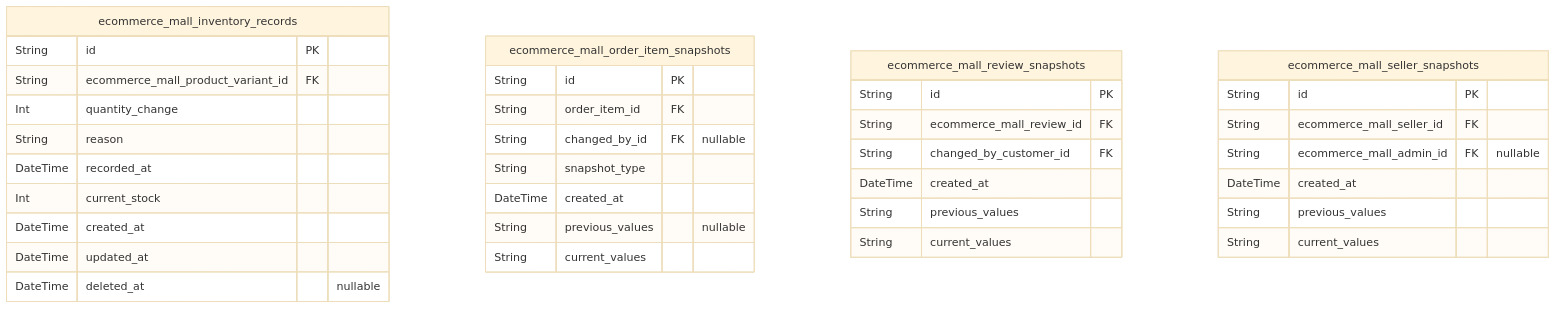
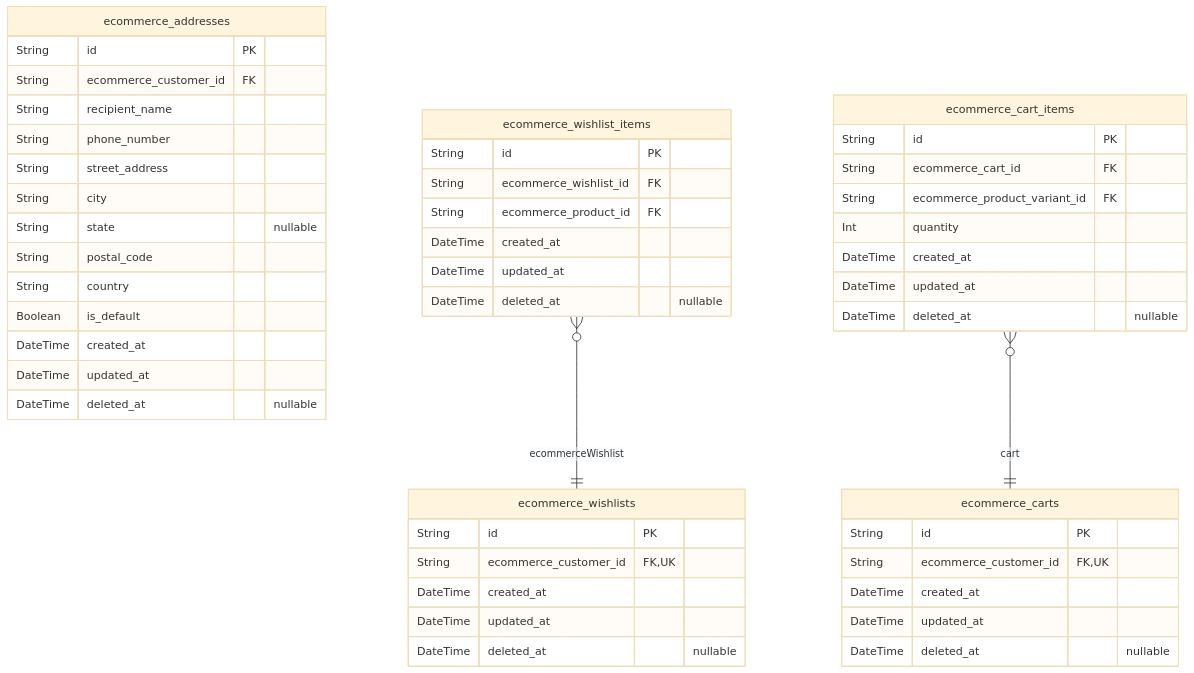
Before and after one commit to wrtnlabs/autobe-examples: the second of 8 diagrams in qwen/qwen3.5-122b-a10b/shopping/docs/ERD.md, drawn with Mermaid (base theme). The commit also changed other lines of this file and 32093 other files, not shown here.

````diff
--- a/qwen/qwen3.5-122b-a10b/shopping/docs/ERD.md
+++ b/qwen/qwen3.5-122b-a10b/shopping/docs/ERD.md
@@ -456,39 +985,51 @@
 ```mermaid
 erDiagram
-"ecommerce_mall_inventory_records" {
+"ecommerce_addresses" {
   String id PK
-  String ecommerce_mall_product_variant_id FK
-  Int quantity_change
-  String reason
-  DateTime recorded_at
-  Int current_stock
+  String ecommerce_customer_id FK
+  String recipient_name
+  String phone_number
+  String street_address
+  String city
+  String state "nullable"
+  String postal_code
+  String country
+  Boolean is_default
   DateTime created_at
   DateTime updated_at
   DateTime deleted_at "nullable"
 }
-"ecommerce_mall_order_item_snapshots" {
+"ecommerce_wishlists" {
   String id PK
-  String order_item_id FK
-  String changed_by_id FK "nullable"
-  String snapshot_type
+  String ecommerce_customer_id FK,UK
   DateTime created_at
-  String previous_values "nullable"
-  String current_values
+  DateTime updated_at
+  DateTime deleted_at "nullable"
 }
-"ecommerce_mall_review_snapshots" {
+"ecommerce_wishlist_items" {
   String id PK
-  String ecommerce_mall_review_id FK
-  String changed_by_customer_id FK
+  String ecommerce_wishlist_id FK
+  String ecommerce_product_id FK
   DateTime created_at
-  String previous_values
-  String current_values
+  DateTime updated_at
+  DateTime deleted_at "nullable"
 }
-"ecommerce_mall_seller_snapshots" {
+"ecommerce_carts" {
   String id PK
-  String ecommerce_mall_seller_id FK
-  String ecommerce_mall_admin_id FK "nullable"
+  String ecommerce_customer_id FK,UK
   DateTime created_at
-  String previous_values
-  String current_values
+  DateTime updated_at
+  DateTime deleted_at "nullable"
 }
+"ecommerce_cart_items" {
+  String id PK
+  String ecommerce_cart_id FK
+  String ecommerce_product_variant_id FK
+  Int quantity
+  DateTime created_at
+  DateTime updated_at
+  DateTime deleted_at "nullable"
+}
+"ecommerce_wishlist_items" }o--|| "ecommerce_wishlists" : ecommerceWishlist
+"ecommerce_cart_items" }o--|| "ecommerce_carts" : cart
 ```
````
